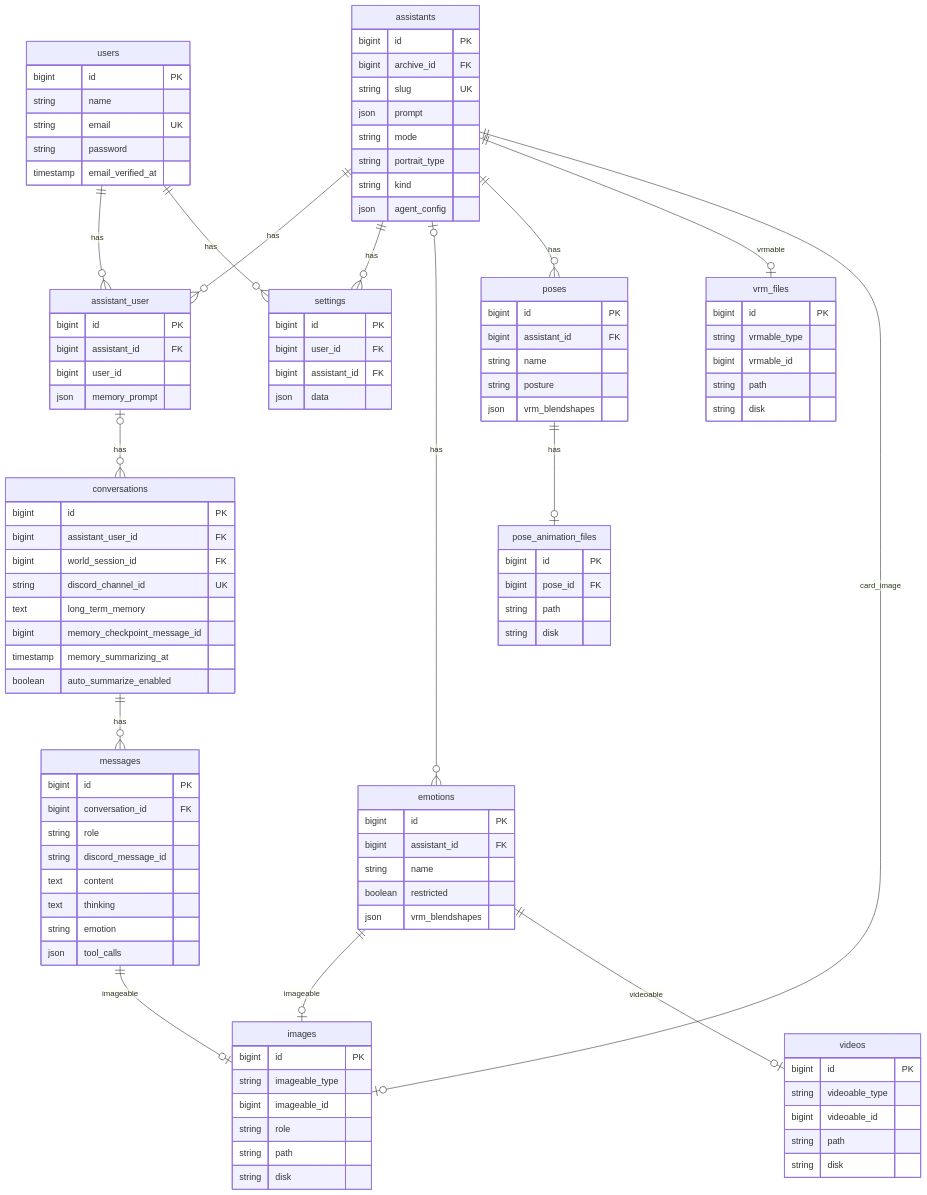
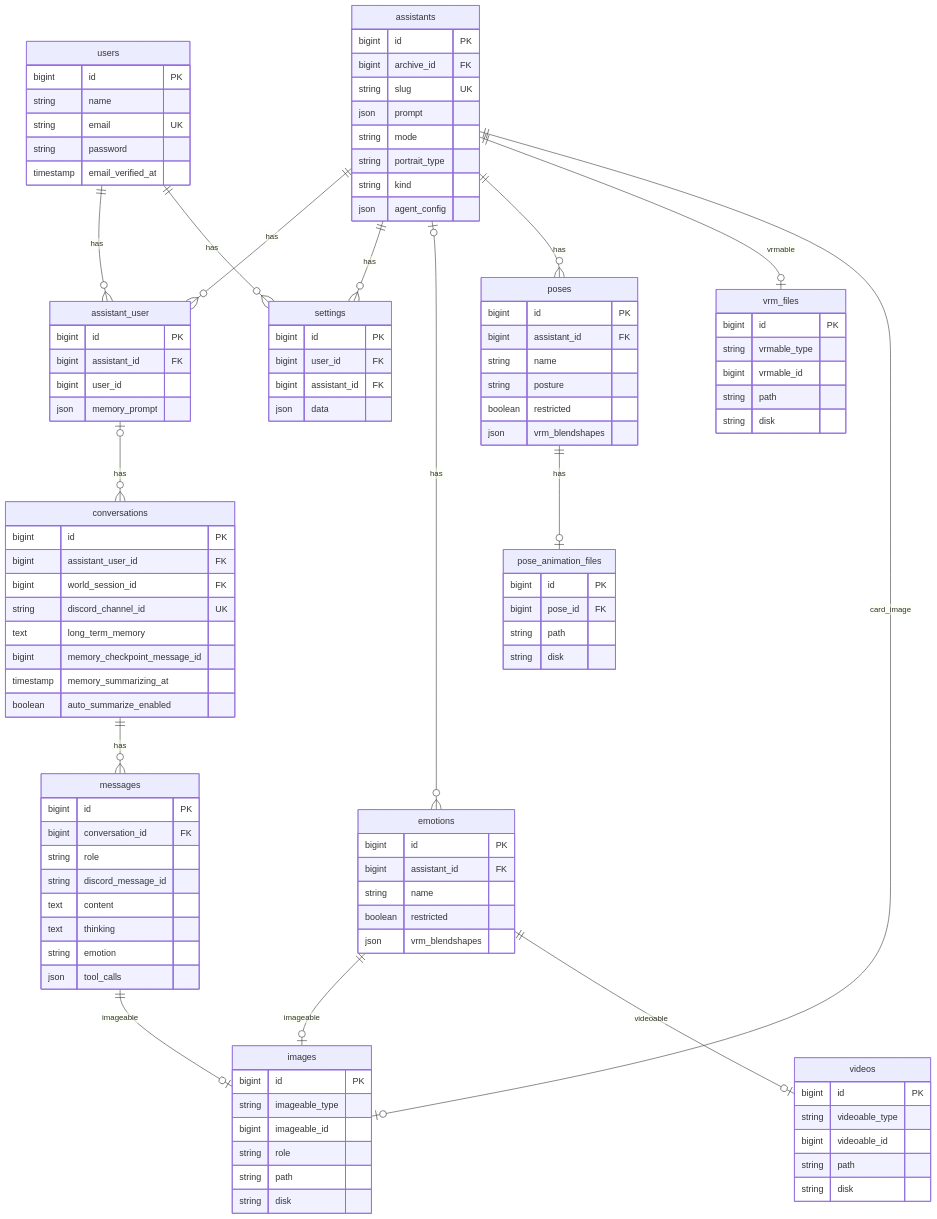
Before and after one commit to gaboeremita/laravel-vera: the second of 5 diagrams in docs/architecture/03-data-model.md, drawn with Mermaid. The commit also changed 15 other files, not shown here.

```diff
--- a/docs/architecture/03-data-model.md
+++ b/docs/architecture/03-data-model.md
@@ -97,6 +97,7 @@
         bigint assistant_id FK
         string name
         string posture
+        boolean restricted
         json vrm_blendshapes
     }
     pose_animation_files {
```
